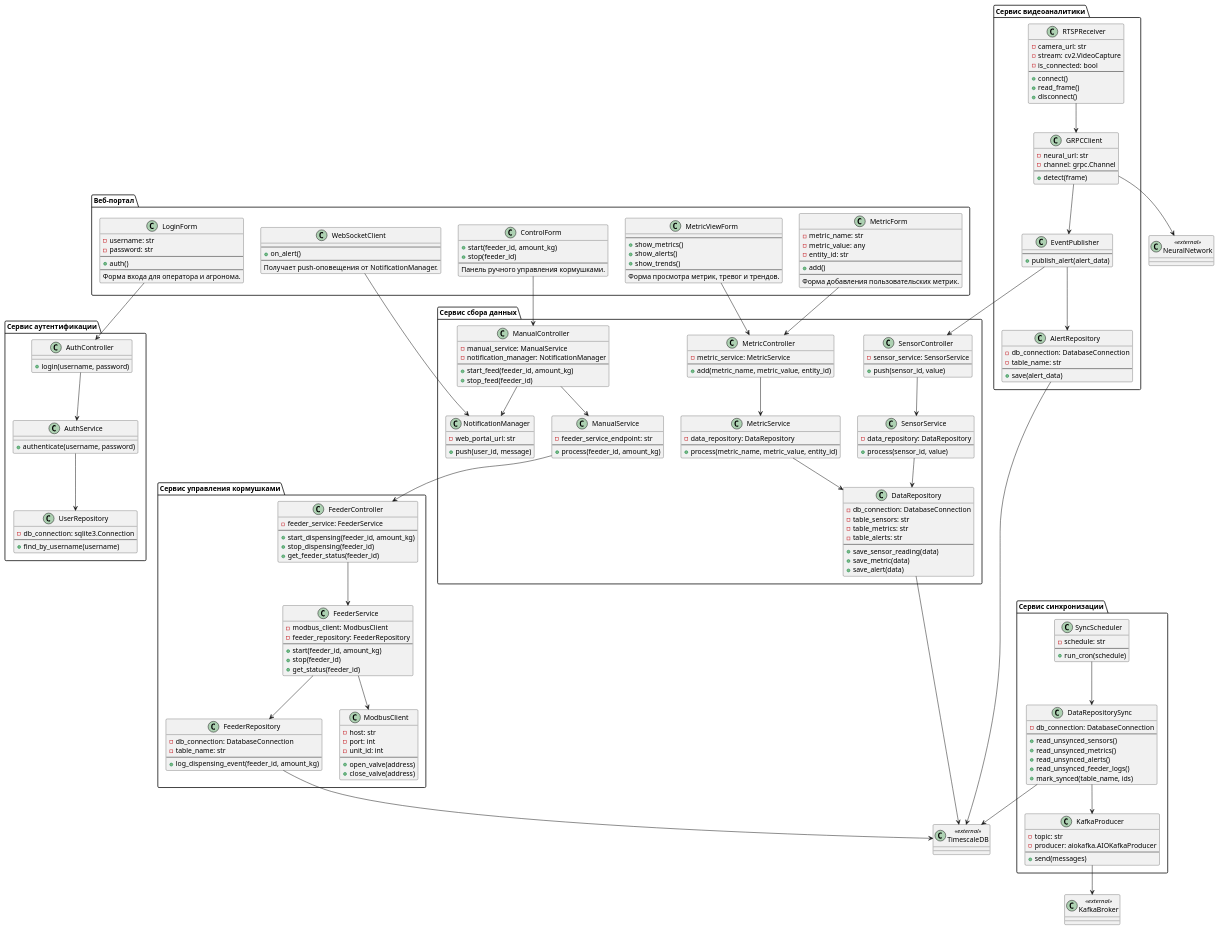
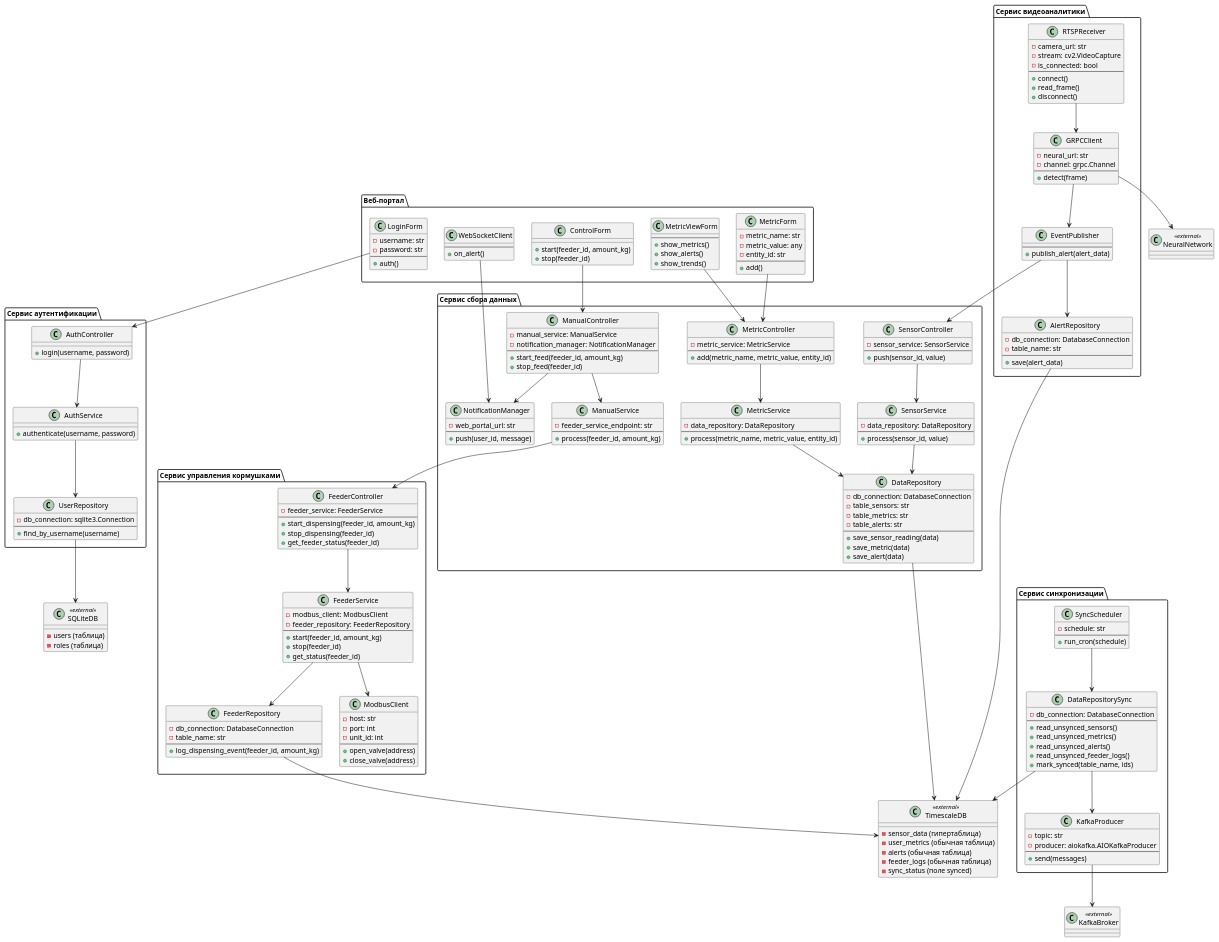
Before and after one commit to BelousovaNatali/MSA-AgroTech: the diagram in Task3/С4_main.puml, drawn with PlantUML.

Commit message:
Sprint 1 Доработки БД

```diff
--- a/Task3/С4_main.puml
+++ b/Task3/С4_main.puml
@@ -6,8 +6,6 @@
         - password: str
         --
         +auth()
-        --
-        Форма входа для оператора и агронома.
     }
 
     class MetricViewForm {
@@ -15,8 +13,6 @@
         +show_metrics()
         +show_alerts()
         +show_trends()
-        --
-        Форма просмотра метрик, тревог и трендов.
     }
 
     class MetricForm {
@@ -25,22 +21,16 @@
         - entity_id: str
         --
         +add()
-        --
-        Форма добавления пользовательских метрик.
     }
 
     class ControlForm {
         +start(feeder_id, amount_kg)
         +stop(feeder_id)
-        --
-        Панель ручного управления кормушками.
     }
 
     class WebSocketClient {
         --
         +on_alert()
-        --
-        Получает push-оповещения от NotificationManager.
     }
 }
 
@@ -208,7 +198,19 @@
     }
 }
 
-class TimescaleDB <<external>>
+class TimescaleDB <<external>> {
+    - sensor_data (гипертаблица)
+    - user_metrics (обычная таблица)
+    - alerts (обычная таблица)
+    - feeder_logs (обычная таблица)
+    - sync_status (поле synced)
+}
+
+class SQLiteDB <<external>> {
+    - users (таблица)
+    - roles (таблица)
+}
+
 class KafkaBroker <<external>>
 class NeuralNetwork <<external>>
 
@@ -247,5 +249,6 @@
 AlertRepository --> TimescaleDB
 FeederRepository --> TimescaleDB
 DataRepositorySync --> TimescaleDB
+UserRepository --> SQLiteDB
 
 @enduml
```
